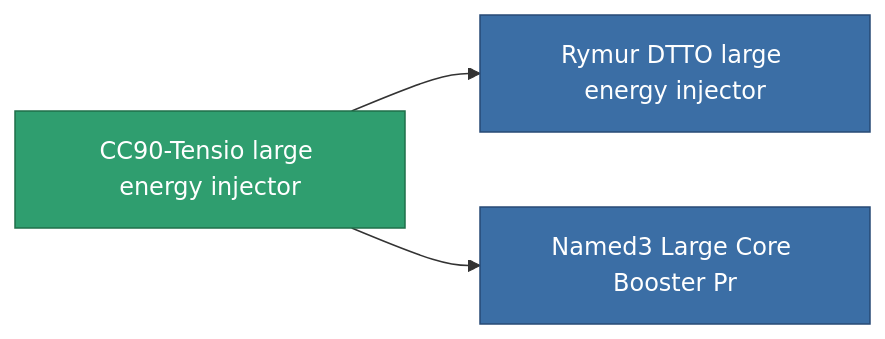
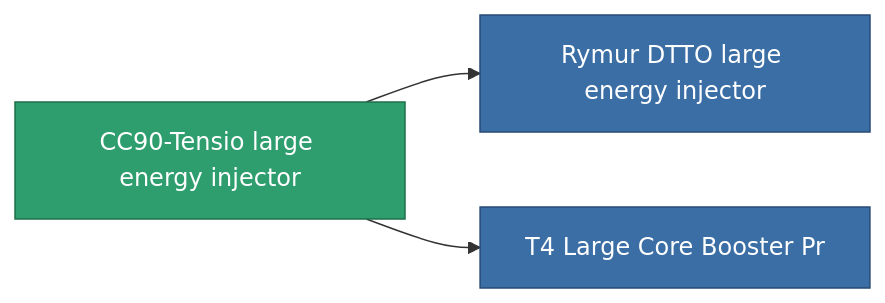
One commit to OpenPerpetuum/Wiki changed the diagram in content/content/items/named2_large_core_booster.md. Above: the diagram before and after it, drawn with Mermaid. The commit also changed other lines of this file and 4904 other files, not shown here.

````diff
--- a/content/content/items/named2_large_core_booster.md
+++ b/content/content/items/named2_large_core_booster.md
@@ -66,13 +48,13 @@
 ```mermaid
 graph LR
     a["CC90-Tensio large energy injector"]:::current
     b["Rymur DTTO large energy injector"]:::prod
     a --> b
     click b "/content/items/named3-large-core-booster/" "Rymur DTTO large energy injector"
-    c["Named3 Large Core Booster Pr"]:::prod
+    c["T4 Large Core Booster Pr"]:::prod
     a --> c
-    click c "/content/items/named3-large-core-booster-pr/" "Named3 Large Core Booster Pr"
+    click c "/content/items/named3-large-core-booster-pr/" "T4 Large Core Booster Pr"
     classDef current fill:#2f9e6f,stroke:#1f6f4a,color:#ffffff
     classDef prod fill:#3b6ea5,stroke:#274a75,color:#ffffff
     classDef more fill:#39445a,stroke:#54658a,color:#d5dbe8
 ```
````
